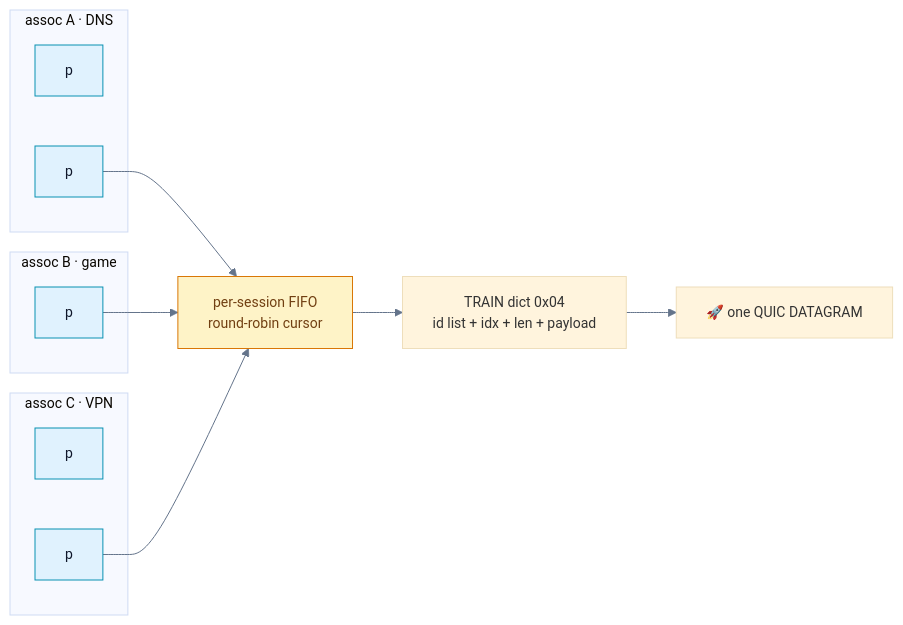
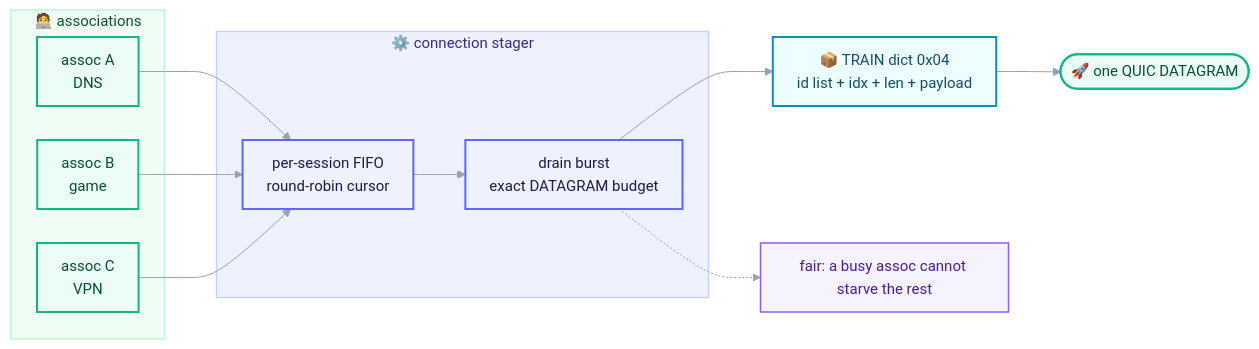
Diagram 23 of 25 in README.md (Terutoki/MyQUIC2), drawn with Mermaid before and after one commit. The commit also changed other lines of this file, not shown here.

First line of the commit message:
docs(readme): redraw the Mermaid atlas with a polished visual system

````diff
--- a/README.md
+++ b/README.md
@@ -892,22 +1044,36 @@
 ```mermaid
-%%{init: {"theme":"base","themeVariables":{"fontSize":"14px","lineColor":"#64748b"}}}%%
+%%{init: {"theme":"base","themeVariables":{"fontSize":"15px","primaryColor":"#eef2ff","primaryTextColor":"#0f172a","primaryBorderColor":"#6366f1","lineColor":"#94a3b8","secondaryColor":"#ecfeff","tertiaryColor":"#fff7ed","edgeLabelBackground":"#ffffff","clusterBkg":"#f8fafc","clusterBorder":"#e2e8f0","mainBkg":"#ffffff","noteBkgColor":"#eff6ff","noteBorderColor":"#93c5fd","noteTextColor":"#1e3a8a"},"flowchart":{"curve":"basis","nodeSpacing":34,"rankSpacing":52,"padding":12,"htmlLabels":true}} }%%
 flowchart LR
-subgraph A["assoc A · DNS"]
-        A1["p"]:::q
-        A2["p"]:::q
+subgraph APPS["🧑‍💻 associations"]
+        A["assoc A<br/>DNS"]
+        B["assoc B<br/>game"]
+        C["assoc C<br/>VPN"]
     end
-    subgraph B["assoc B · game"]
-        B1["p"]:::q
+    subgraph STAGE["⚙️ connection stager"]
+        Q["per-session FIFO<br/>round-robin cursor"]
+        F["drain burst<br/>exact DATAGRAM budget"]
     end
-    subgraph C["assoc C · VPN"]
-        C1["p"]:::q
-        C2["p"]:::q
-    end
-    A2 --> RR["per-session FIFO<br/>round-robin cursor"]
-    B1 --> RR
-    C2 --> RR
-    RR --> T["TRAIN dict 0x04<br/>id list + idx + len + payload"]
-    T --> D["🚀 one QUIC DATAGRAM"]
-    classDef q fill:#e0f2fe,stroke:#0891b2,color:#0f172a
-    style RR fill:#fef3c7,stroke:#d97706,color:#713f12
+    A --> Q
+    B --> Q
+    C --> Q
+    Q --> F
+    F --> T["📦 TRAIN dict 0x04<br/>id list + idx + len + payload"]
+    T --> D(["🚀 one QUIC DATAGRAM"])
+    F -.-> NOTE["fair: a busy assoc cannot starve the rest"]
+    class A,B,C clientC
+    class Q,F coreC
+    class T wireC
+    class D clientC
+    class NOTE noteC
+    style APPS fill:#f0fdf4,stroke:#bbf7d0,stroke-width:1.5px,color:#14532d
+    style STAGE fill:#eef2ff,stroke:#c7d2fe,stroke-width:1.5px,color:#312e81
+
+    classDef clientC fill:#ecfdf5,stroke:#10b981,stroke-width:2px,color:#064e3b
+    classDef coreC fill:#eef2ff,stroke:#6366f1,stroke-width:2px,color:#1e1b4b
+    classDef wireC fill:#ecfeff,stroke:#0891b2,stroke-width:2px,color:#164e63
+    classDef warmC fill:#fff7ed,stroke:#f97316,stroke-width:2px,color:#7c2d12
+    classDef dangerC fill:#fff1f2,stroke:#e11d48,stroke-width:2px,color:#881337
+    classDef muteC fill:#f8fafc,stroke:#cbd5e1,color:#475569
+    classDef noteC fill:#f5f3ff,stroke:#8b5cf6,stroke-width:1.5px,color:#4c1d95
+    classDef decisionC fill:#fef3c7,stroke:#d97706,stroke-width:2px,color:#78350f
 ```
````
